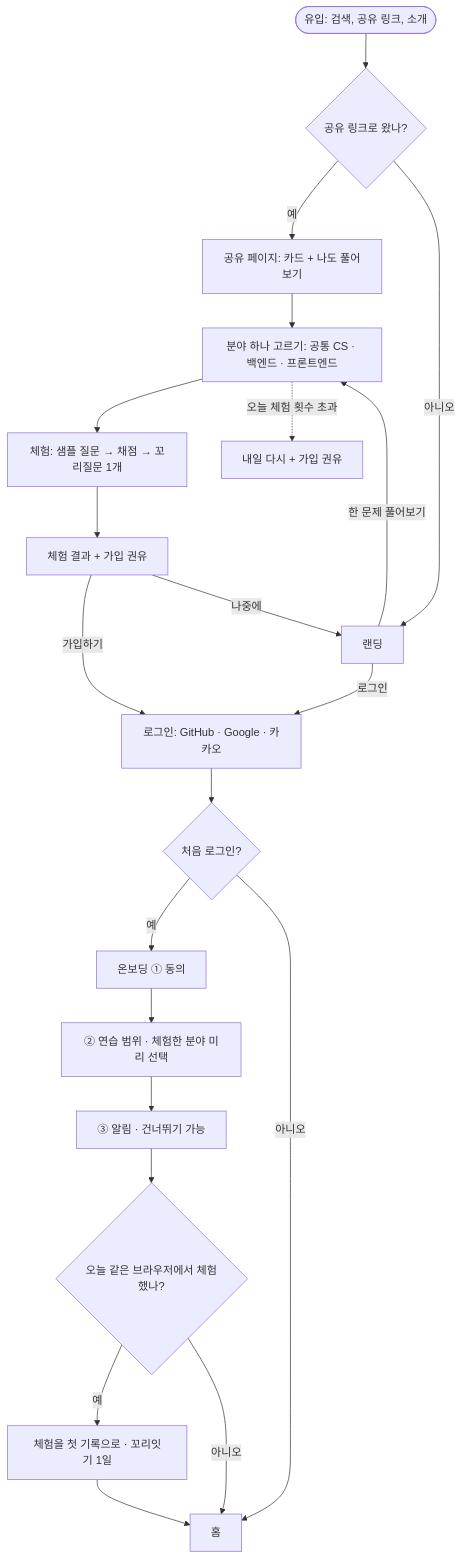
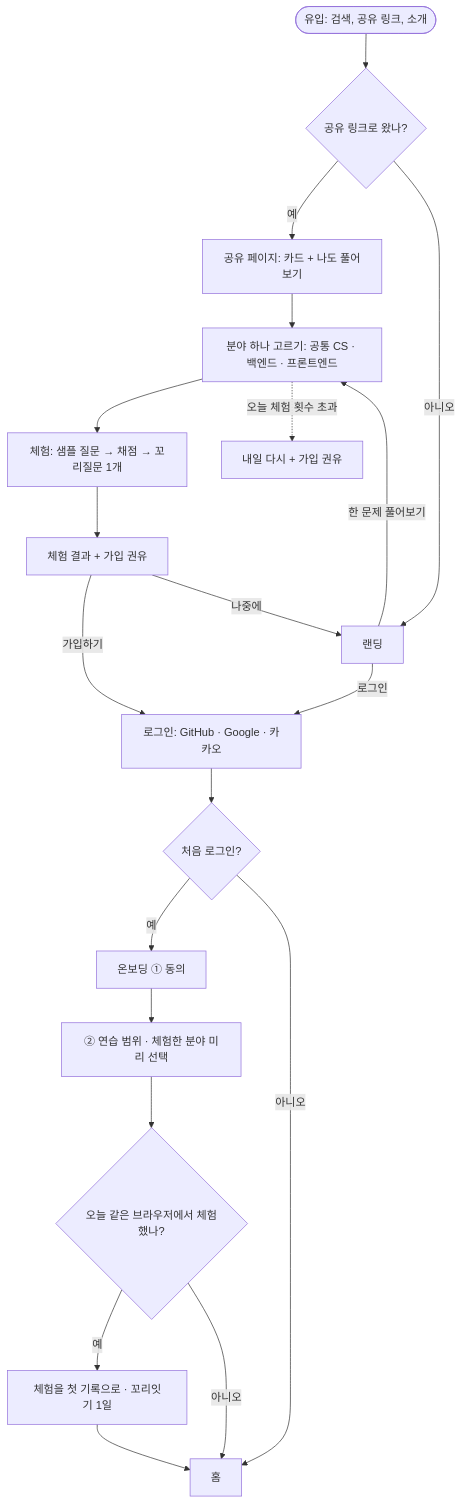
Before and after one commit to GREED-YI/tailq: the first of 6 diagrams in docs/05-user-flow.md, drawn with Mermaid. The commit also changed other lines of this file and 3 other files, not shown here.

````diff
--- a/docs/05-user-flow.md
+++ b/docs/05-user-flow.md
@@ -9,19 +9,19 @@
 ```mermaid
 flowchart TD
   A(["유입: 검색, 공유 링크, 소개"]) --> B{"공유 링크로 왔나?"}
   B -- 예 --> C["공유 페이지: 카드 + 나도 풀어보기"]
   B -- 아니오 --> D["랜딩"]
   C --> S["분야 하나 고르기: 공통 CS · 백엔드 · 프론트엔드"]
   D -- 한 문제 풀어보기 --> S
   S --> E["체험: 샘플 질문 → 채점 → 꼬리질문 1개"]
   D -- 로그인 --> G["로그인: GitHub · Google · 카카오"]
   E --> F["체험 결과 + 가입 권유"]
   S -. 오늘 체험 횟수 초과 .-> M["내일 다시 + 가입 권유"]
   F -- 가입하기 --> G
   F -- 나중에 --> D
   G --> H{"처음 로그인?"}
-  H -- 예 --> I["온보딩 ① 동의"] --> J["② 연습 범위 · 체험한 분야 미리 선택"] --> K["③ 알림 · 건너뛰기 가능"] --> T{"오늘 같은 브라우저에서 체험했나?"}
+  H -- 예 --> I["온보딩 ① 동의"] --> J["② 연습 범위 · 체험한 분야 미리 선택"] --> T{"오늘 같은 브라우저에서 체험했나?"}
   T -- 예 --> V["체험을 첫 기록으로 · 꼬리잇기 1일"] --> L["홈"]
   T -- 아니오 --> L
   H -- 아니오 --> L
 ```
````
